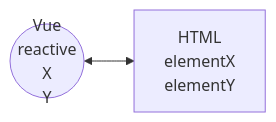
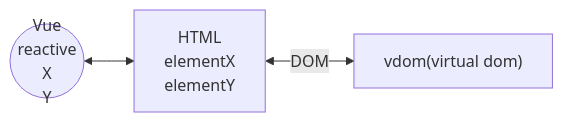
Before and after one commit to taichimaner/taichimaner: the diagram in software/vue_learning_20250715_note.md, drawn with Mermaid.

````diff
--- a/software/vue_learning_20250715_note.md
+++ b/software/vue_learning_20250715_note.md
@@ -4,4 +4,5 @@
 ```mermaid
 graph LR;
 Vue((Vue<br>reactive<br>X<br>Y))<-->HTML[HTML<br>elementX<br>elementY];
+HTML<--DOM-->vdom["vdom(virtual dom)"];
 ```
````
